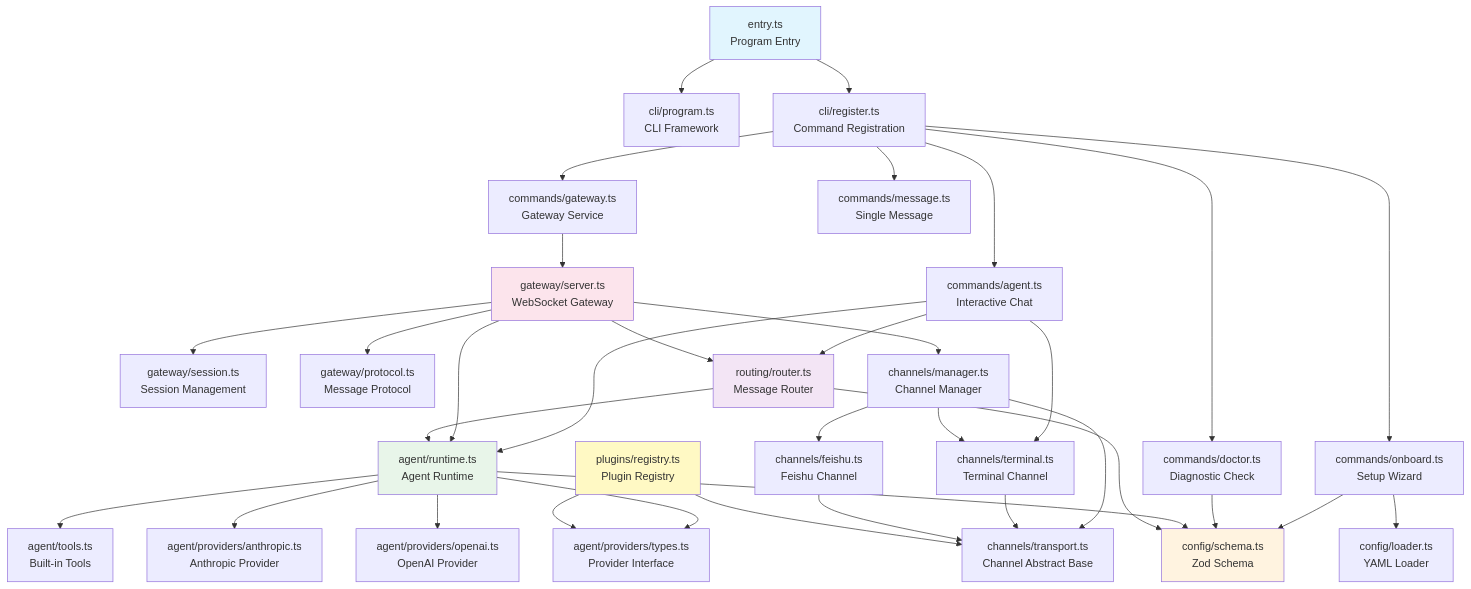
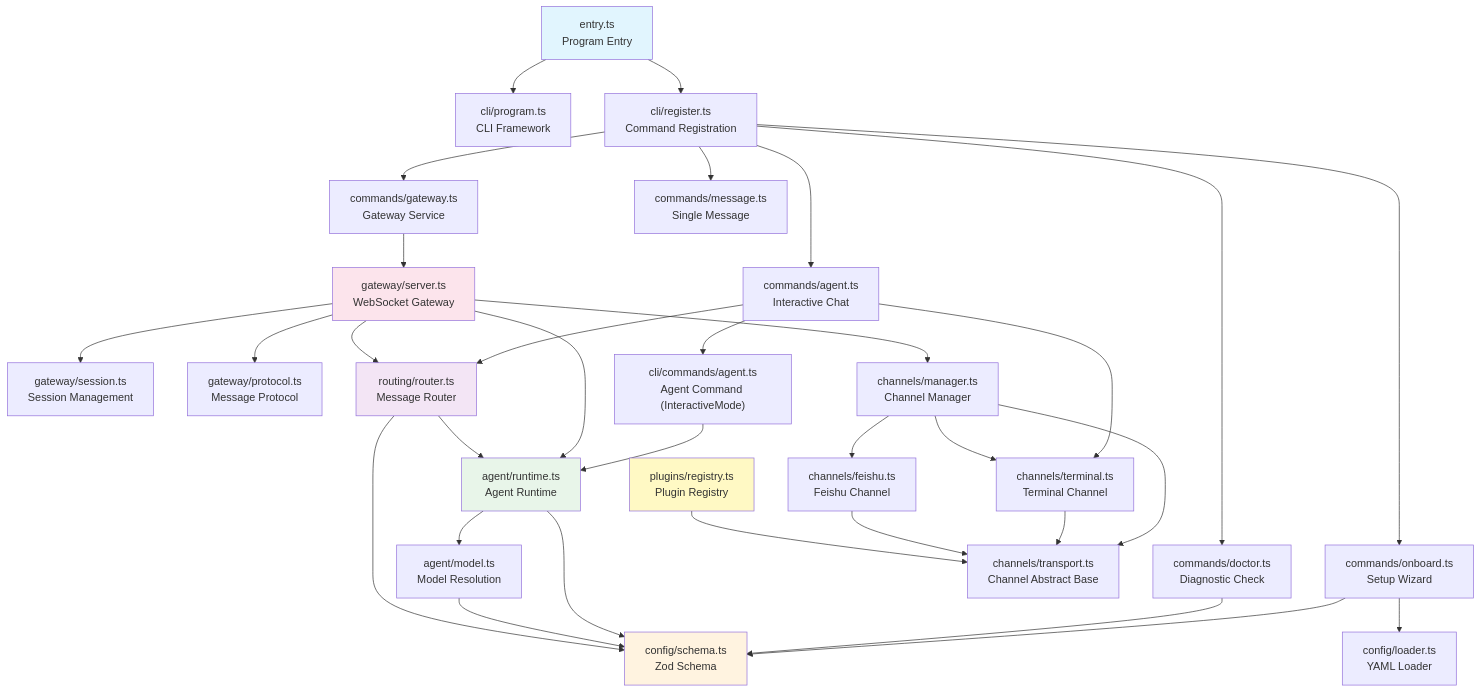
One commit to oujingzhou/build-your-own-openclaw changed the third of 4 diagrams in docs/en/10-final.md. Above: the diagram before and after it, drawn with Mermaid. The commit also changed other lines of this file and 32 other files, not shown here.

```diff
--- a/docs/en/10-final.md
+++ b/docs/en/10-final.md
@@ -98,10 +98,8 @@
     PROTO["gateway/protocol.ts<br/>Message Protocol"]
 
     AGENT["agent/runtime.ts<br/>Agent Runtime"]
-    TOOLS["agent/tools.ts<br/>Built-in Tools"]
-    PROV_A["agent/providers/anthropic.ts<br/>Anthropic Provider"]
-    PROV_O["agent/providers/openai.ts<br/>OpenAI Provider"]
-    TYPES["agent/providers/types.ts<br/>Provider Interface"]
+    MODEL["agent/model.ts<br/>Model Resolution"]
+    CMD_AGENT_FILE["cli/commands/agent.ts<br/>Agent Command (InteractiveMode)"]
 
     TRANS["channels/transport.ts<br/>Channel Abstract Base"]
     TERM["channels/terminal.ts<br/>Terminal Channel"]
@@ -120,7 +118,8 @@
     REG --> CMD_DR
     REG --> CMD_MSG
 
-    CMD_AGENT --> AGENT
+    CMD_AGENT --> CMD_AGENT_FILE
+    CMD_AGENT_FILE --> AGENT
     CMD_AGENT --> ROUTER
     CMD_AGENT --> TERM
 
@@ -135,11 +134,10 @@
     GW --> ROUTER
     GW --> MANAGER
 
-    AGENT --> TOOLS
-    AGENT --> PROV_A
-    AGENT --> PROV_O
-    AGENT --> TYPES
+    AGENT --> MODEL
     AGENT --> CONFIG
+
+    MODEL --> CONFIG
 
     ROUTER --> AGENT
     ROUTER --> CONFIG
@@ -151,7 +149,6 @@
     TERM --> TRANS
     FEISHU --> TRANS
 
-    PLUGIN --> TYPES
     PLUGIN --> TRANS
 
     style ENTRY fill:#e1f5fe
```
